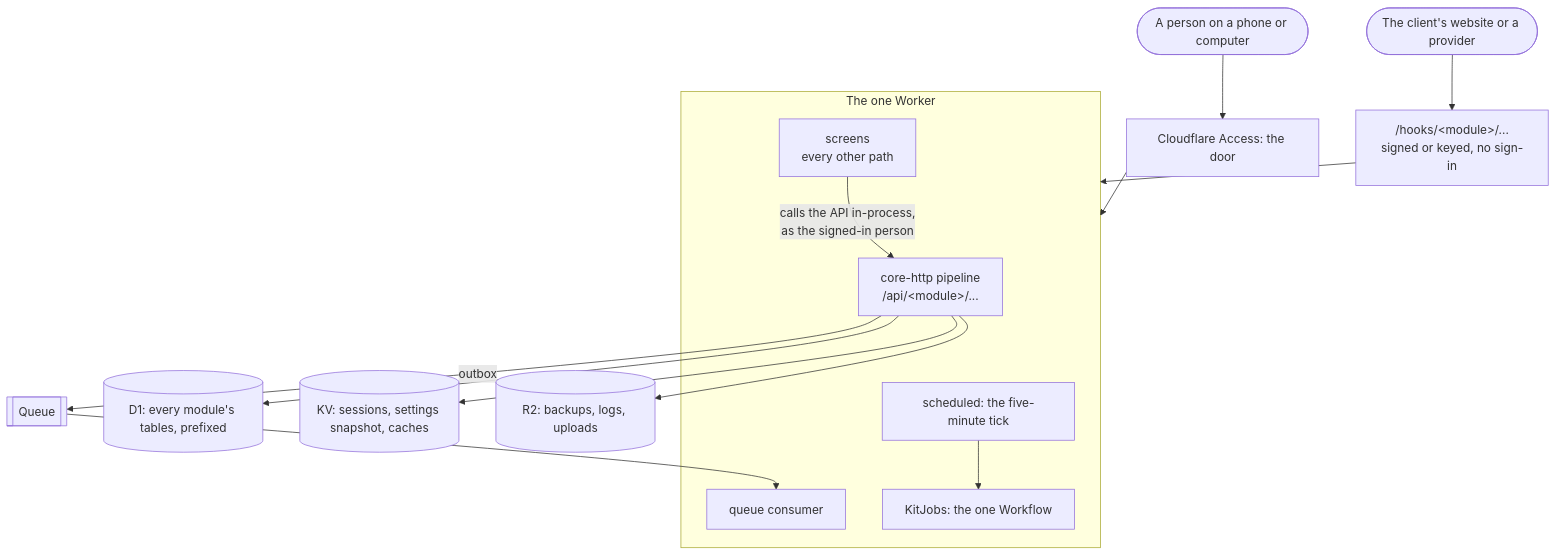
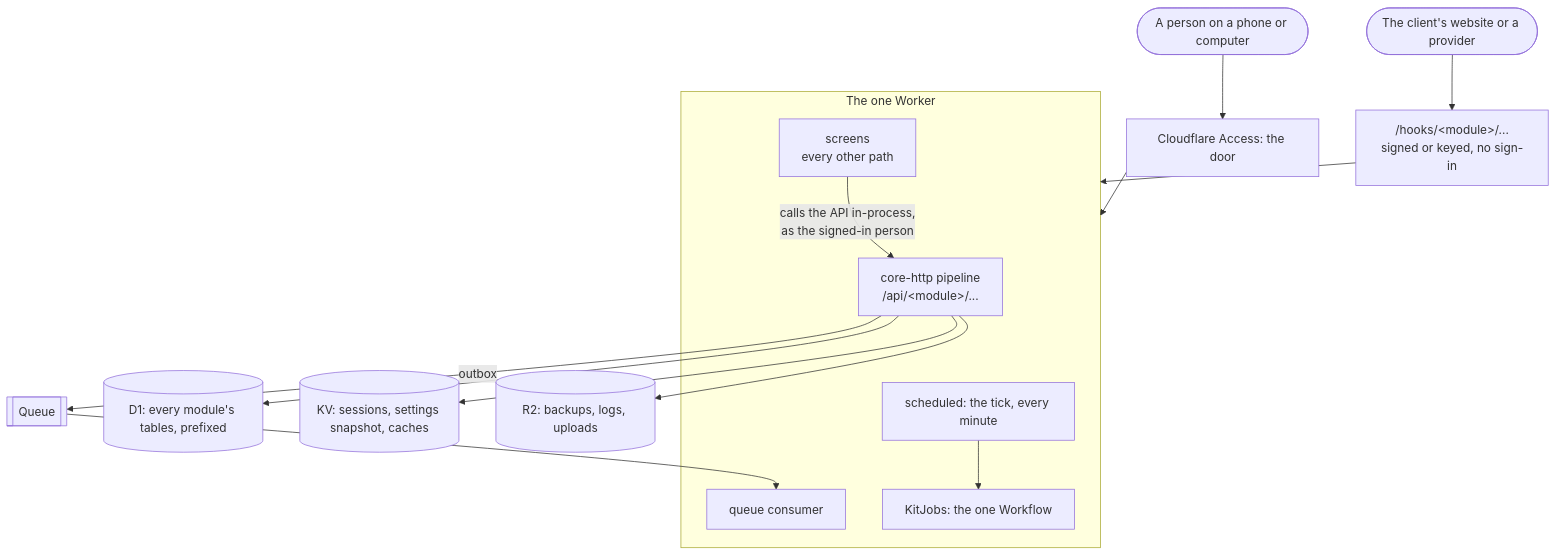
The first of 2 diagrams in synced-docs/oltrem-admin/docs/architecture.md (Harshil8136/chess-game1), drawn with Mermaid before and after one commit. The commit also changed 12 other files, not shown here.

````diff
--- a/synced-docs/oltrem-admin/docs/architecture.md
+++ b/synced-docs/oltrem-admin/docs/architecture.md
@@ -37,20 +37,20 @@
 ```mermaid
 flowchart TB
   person([A person on a phone or computer]) --> door[Cloudflare Access: the door]
   site([The client's website or a provider]) --> hooks["/hooks/&lt;module&gt;/...<br/>signed or keyed, no sign-in"]
   door --> worker
   hooks --> worker
   subgraph worker [The one Worker]
     pipe["core-http pipeline<br/>/api/&lt;module&gt;/..."]
     pages["screens<br/>every other path"]
-    tick["scheduled: the five-minute tick"]
+    tick["scheduled: the tick, every minute"]
     queue["queue consumer"]
     wf["KitJobs: the one Workflow"]
   end
   pages -- "calls the API in-process,<br/>as the signed-in person" --> pipe
   pipe --> d1[(D1: every module's tables, prefixed)]
   pipe --> kv[(KV: sessions, settings snapshot, caches)]
   pipe --> r2[(R2: backups, logs, uploads)]
   pipe -- outbox --> q[[Queue]] --> queue
   tick --> wf
 ```
````
